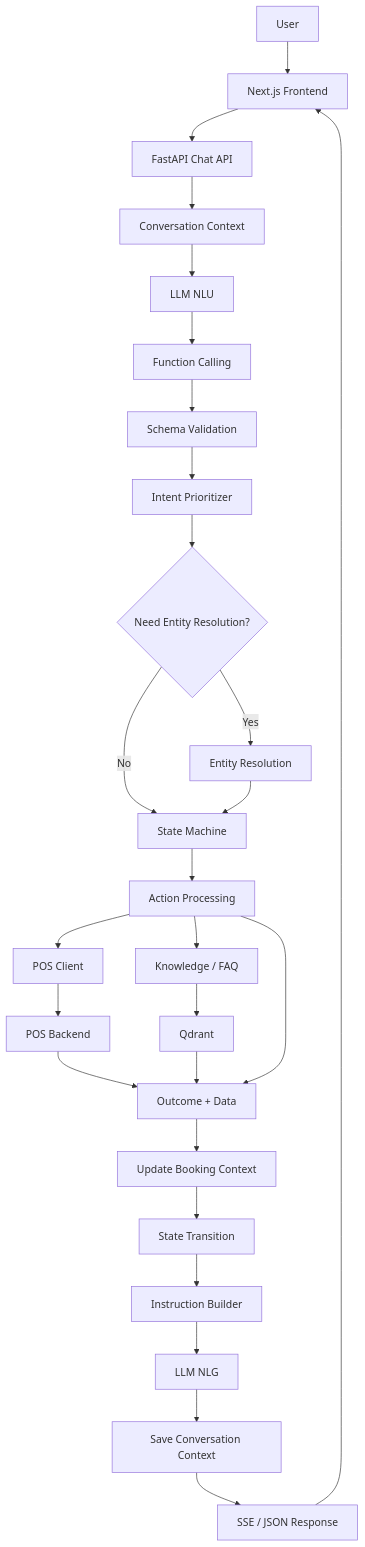
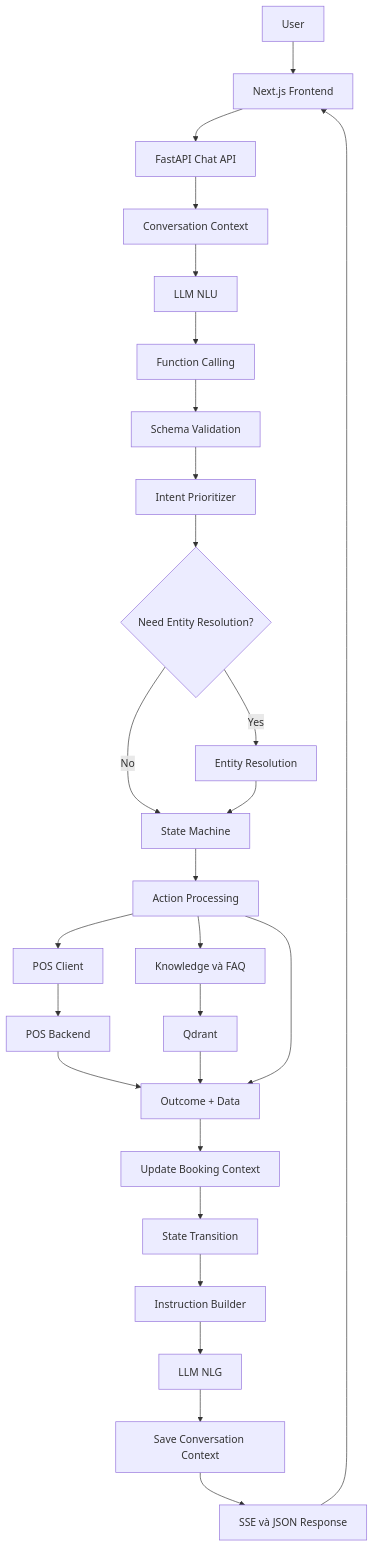
One commit to duy-debug/booking-AI-system changed the first of 7 diagrams in booking-ai-chatbot/README.md. Above: the diagram before and after it, drawn with Mermaid. The commit also changed other lines of this file and 1 other file, not shown here.

````diff
--- a/booking-ai-chatbot/README.md
+++ b/booking-ai-chatbot/README.md
@@ -19,40 +50,40 @@
 ```mermaid
 flowchart TD
     U[User] --> FE[Next.js Frontend]
     FE --> API[FastAPI Chat API]
 
     API --> CTX[Conversation Context]
     CTX --> NLU[LLM NLU]
 
     NLU --> FC[Function Calling]
     FC --> VAL[Schema Validation]
     VAL --> IP[Intent Prioritizer]
 
     IP --> ER{Need Entity Resolution?}
 
     ER -- Yes --> RES[Entity Resolution]
     ER -- No --> SM[State Machine]
     RES --> SM
 
     SM --> ACTION[Action Processing]
 
     ACTION --> POS[POS Client]
     POS --> POSBE[POS Backend]
 
-    ACTION --> KB[Knowledge / FAQ]
+    ACTION --> KB[Knowledge và FAQ]
     KB --> QD[Qdrant]
 
     POSBE --> RESULT[Outcome + Data]
     QD --> RESULT
     ACTION --> RESULT
 
     RESULT --> CTXUP[Update Booking Context]
     CTXUP --> TRANS[State Transition]
 
     TRANS --> INST[Instruction Builder]
     INST --> NLG[LLM NLG]
 
     NLG --> SAVE[Save Conversation Context]
-    SAVE --> RESP[SSE / JSON Response]
+    SAVE --> RESP[SSE và JSON Response]
     RESP --> FE
 ```
````
